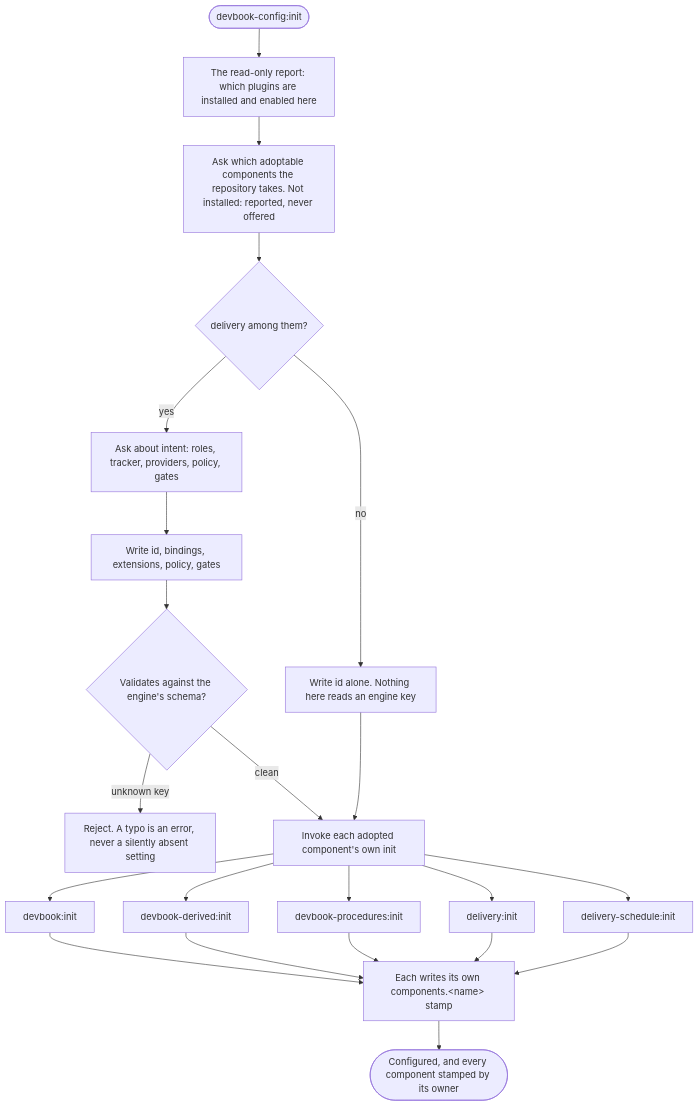
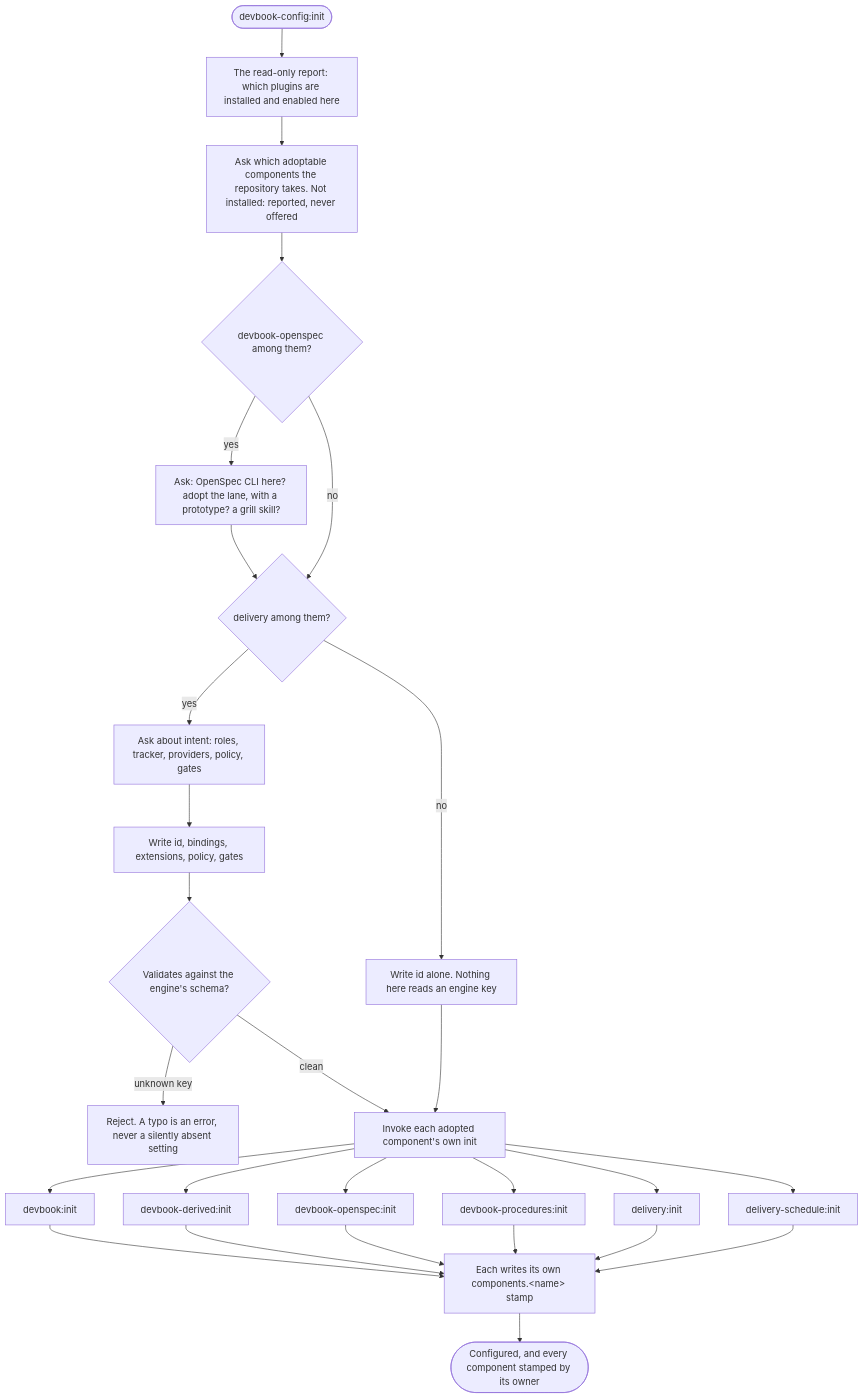
The second of 3 diagrams in .devbook/arc42/building-blocks/devbook-config.md (JSdotNet/ai-agent-stack), drawn with Mermaid before and after one commit. The commit also changed other lines of this file and 1 other file, not shown here.

Commit message:
arc42: record the change lane in devbook-config's building block and the configuration history

````diff
--- a/.devbook/arc42/building-blocks/devbook-config.md
+++ b/.devbook/arc42/building-blocks/devbook-config.md
@@ -408,24 +425,29 @@
 ```mermaid
 flowchart TD
     start(["devbook-config:init"]) --> report["The read-only report: which plugins are installed and enabled here"]
     report --> adopt["Ask which adoptable components the repository takes. Not installed: reported, never offered"]
-    adopt --> delivery{"delivery among them?"}
+    adopt --> lane{"devbook-openspec among them?"}
+    lane -->|yes| laneAsk["Ask: OpenSpec CLI here? adopt the lane, with a prototype? a grill skill?"]
+    laneAsk --> delivery{"delivery among them?"}
+    lane -->|no| delivery
     delivery -->|no| idOnly["Write id alone. Nothing here reads an engine key"]
     delivery -->|yes| intent["Ask about intent: roles, tracker, providers, policy, gates"]
     intent --> keys["Write id, bindings, extensions, policy, gates"]
     keys --> validate{"Validates against the engine's schema?"}
     validate -->|"unknown key"| reject["Reject. A typo is an error, never a silently absent setting"]
     validate -->|clean| fanout["Invoke each adopted component's own init"]
     idOnly --> fanout
     fanout --> devbookInstall["devbook:init"]
     fanout --> derivedInstall["devbook-derived:init"]
+    fanout --> openspecInstall["devbook-openspec:init"]
     fanout --> proceduresInstall["devbook-procedures:init"]
     fanout --> deliveryInstall["delivery:init"]
     fanout --> scheduleInstall["delivery-schedule:init"]
     devbookInstall --> stamps["Each writes its own components.&lt;name&gt; stamp"]
     derivedInstall --> stamps
+    openspecInstall --> stamps
     proceduresInstall --> stamps
     deliveryInstall --> stamps
     scheduleInstall --> stamps
     stamps --> done(["Configured, and every component stamped by its owner"])
 ```
````
